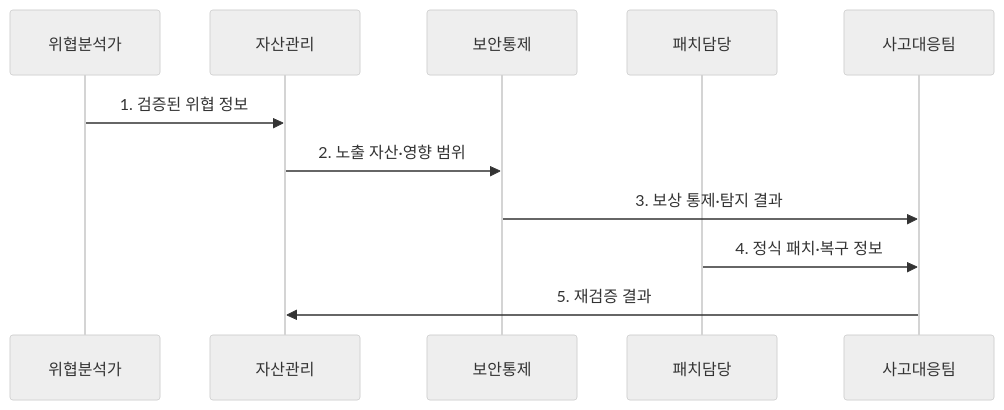
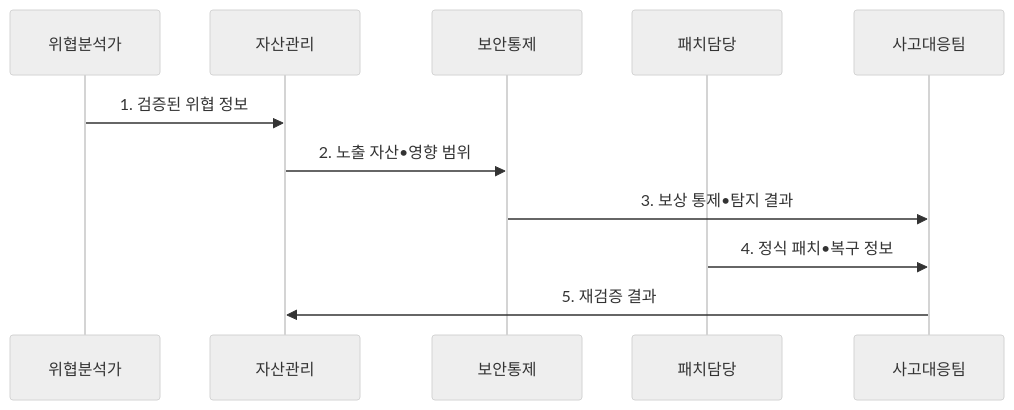
The second of 2 diagrams in src/content/docs/notes/05-security/042_zero_day_vulnerability.md (agnusdei1207/knowledge-base), drawn with Mermaid (neutral theme) before and after one commit. The commit also changed other lines of this file and 953 other files, not shown here.

````diff
--- a/src/content/docs/notes/05-security/042_zero_day_vulnerability.md
+++ b/src/content/docs/notes/05-security/042_zero_day_vulnerability.md
@@ -101,13 +101,13 @@
 ```mermaid
 sequenceDiagram
     participant 위협분석가
     participant 자산관리
     participant 보안통제
     participant 패치담당
     participant 사고대응팀
     위협분석가->>자산관리: 1. 검증된 위협 정보
-    자산관리->>보안통제: 2. 노출 자산·영향 범위
-    보안통제->>사고대응팀: 3. 보상 통제·탐지 결과
-    패치담당->>사고대응팀: 4. 정식 패치·복구 정보
+    자산관리->>보안통제: 2. 노출 자산•영향 범위
+    보안통제->>사고대응팀: 3. 보상 통제•탐지 결과
+    패치담당->>사고대응팀: 4. 정식 패치•복구 정보
     사고대응팀->>자산관리: 5. 재검증 결과
 ```
````
